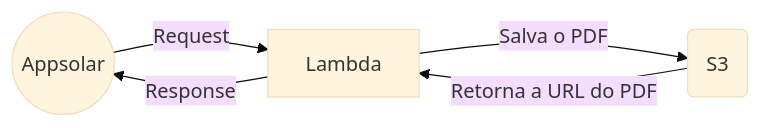
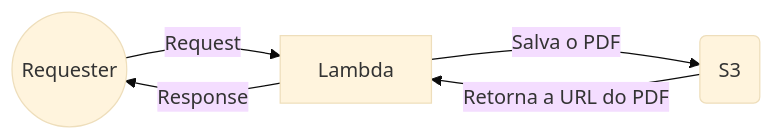
One commit to northoniserhardt/lambda-serverless-pdf-generator changed the first of 2 diagrams in README.md. Above: the diagram before and after it, drawn with Mermaid (base theme).

Commit message:
readme em portugues e ingles

````diff
--- a/README.md
+++ b/README.md
@@ -43,4 +43,4 @@
 ```mermaid
 graph LR
-A((Appsolar)) -- Request --> B[Lambda] -- Salva o PDF --> C(S3) -- Retorna a URL do PDF --> B -- Response --> A
+A((Requester)) -- Request --> B[Lambda] -- Salva o PDF --> C(S3) -- Retorna a URL do PDF --> B -- Response --> A
 ```
````
